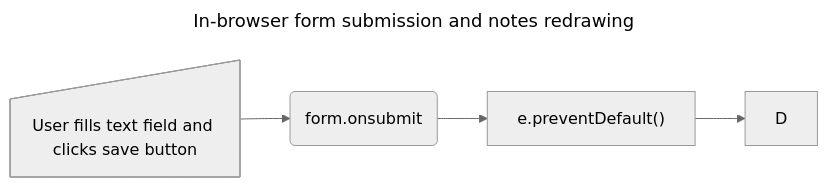
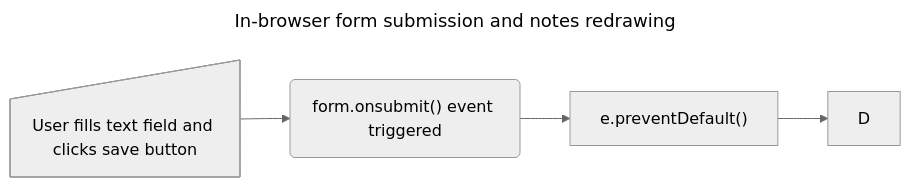
One commit to ProspektsMarch22/fullstackopen changed the diagram in part0/0_6/spa_new_note.md. Above: the diagram before and after it, drawn with Mermaid (neutral theme).

Commit message:
Fixes format error on 0_6

````diff
--- a/part0/0_6/spa_new_note.md
+++ b/part0/0_6/spa_new_note.md
@@ -1,8 +1,8 @@
 ```mermaid
 ---
   title: In-browser form submission and notes redrawing
 ---
   flowchart LR
-    A@{ shape: manual-input, label: "User fills text field and clicks save button"} --> B@{ shape: rounded, label: "form.onsubmit"} --> C@{ shape: rect, label: "e.preventDefault()"} --> D@{ shape: rect, label "captures data from form and stores it on var 'note'"}
+    A@{ shape: manual-input, label: "User fills text field and clicks save button"} --> B@{ shape: rounded, label: "form.onsubmit() event triggered"} --> C@{ shape: rect, label: "e.preventDefault()"} --> D@{ shape: rect, label "captures data from form and stores it on var note"}
 
 ```
````
